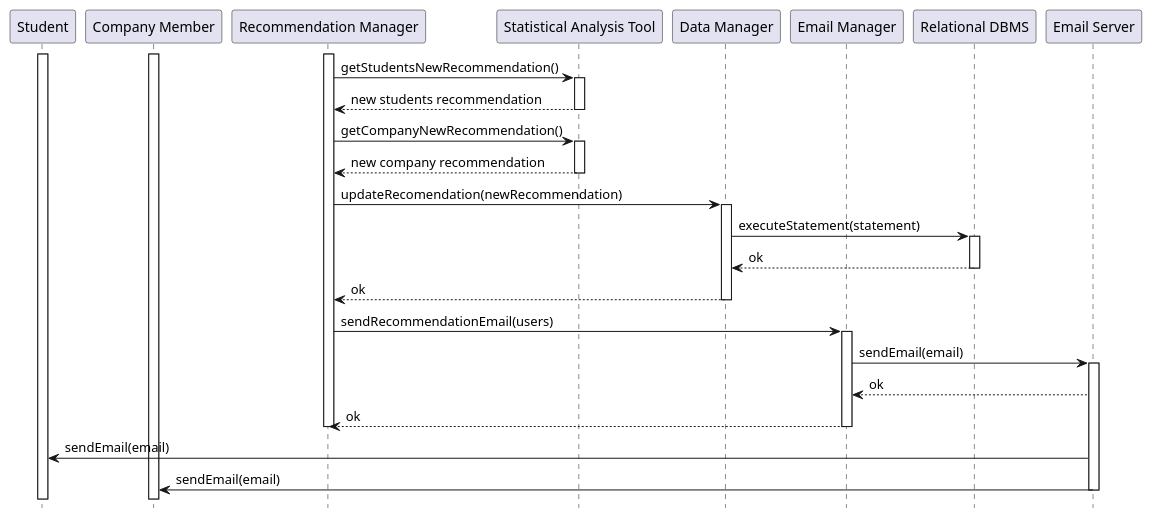
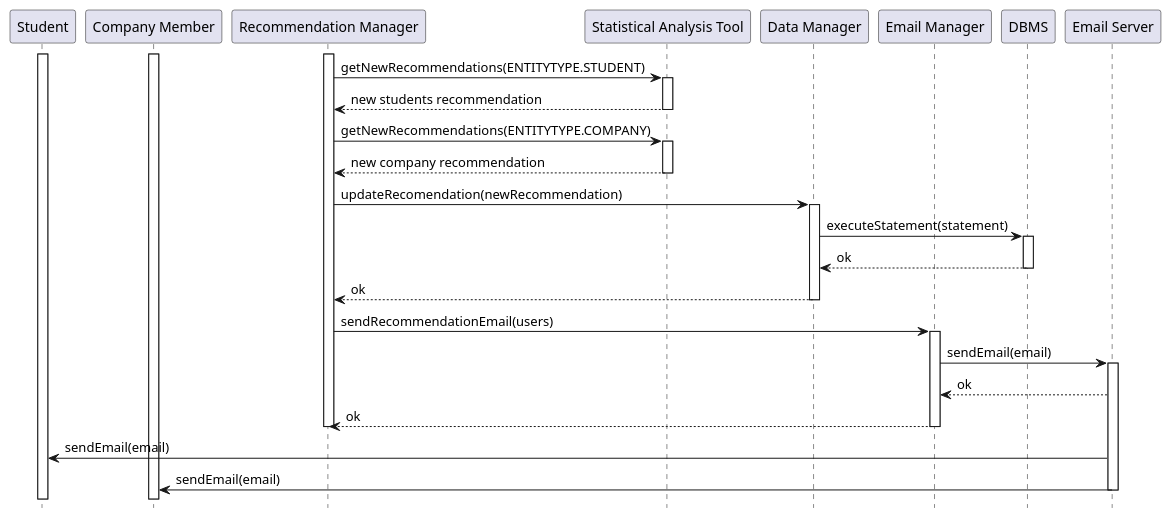
Before and after one commit to matti8702/R_and_DD_project_SE2: the diagram in DD/Architectural_design/uml_diagrams/RV13_diagram.puml, drawn with PlantUML. The commit also changed other lines of this file and 9 other files, not shown here.

```diff
--- a/DD/Architectural_design/uml_diagrams/RV13_diagram.puml
+++ b/DD/Architectural_design/uml_diagrams/RV13_diagram.puml
@@ -1,50 +1,50 @@
 @startuml RV13_diagram
 hide footbox
 
 participant "Student" as S 
 participant "Company Member" as C
 participant "Recommendation Manager" as RM
 participant "Statistical Analysis Tool" as SAT
 participant "Data Manager" as DM
 participant "Email Manager" as EM
-participant "Relational DBMS" as RD
+participant "DBMS" as RD
 participant "Email Server" as E
 
 
 activate S
 activate C
 activate RM
 
-RM -> SAT: getStudentsNewRecommendation()
+RM -> SAT: getNewRecommendations(ENTITYTYPE.STUDENT) 
 activate SAT
 SAT --> RM: new students recommendation
 deactivate SAT
-RM -> SAT: getCompanyNewRecommendation()
+RM -> SAT: getNewRecommendations(ENTITYTYPE.COMPANY) 
 activate SAT
 SAT --> RM: new company recommendation
 deactivate SAT
 RM -> DM: updateRecomendation(newRecommendation)
 activate DM
 DM -> RD: executeStatement(statement)
 activate RD
 RD --> DM: ok
 deactivate RD
 DM --> RM: ok
 deactivate DM
 RM -> EM: sendRecommendationEmail(users)
 activate EM
 EM -> E: sendEmail(email)
 activate E
 E --> EM: ok
 EM --> RM: ok
 deactivate EM
 deactivate RM
 E -> S: sendEmail(email)
 E -> C: sendEmail(email)
 deactivate E
 
 
 
 
 
 @enduml
```
